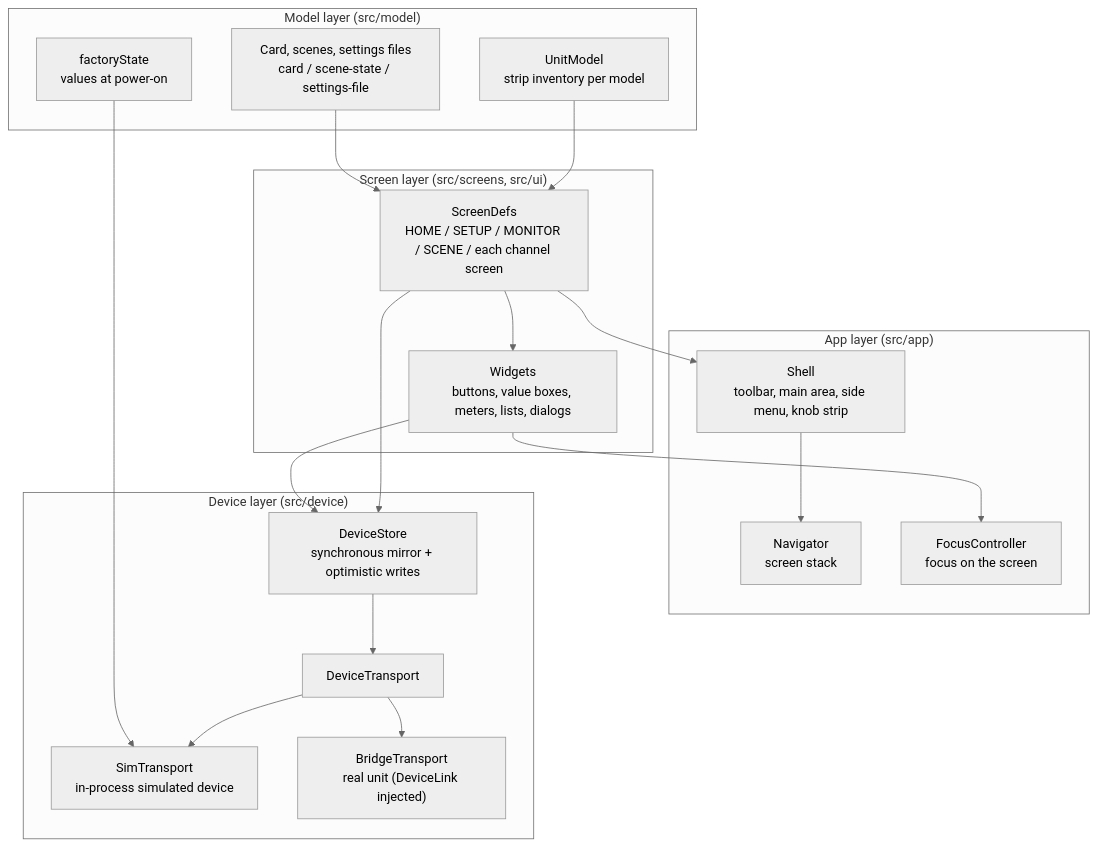
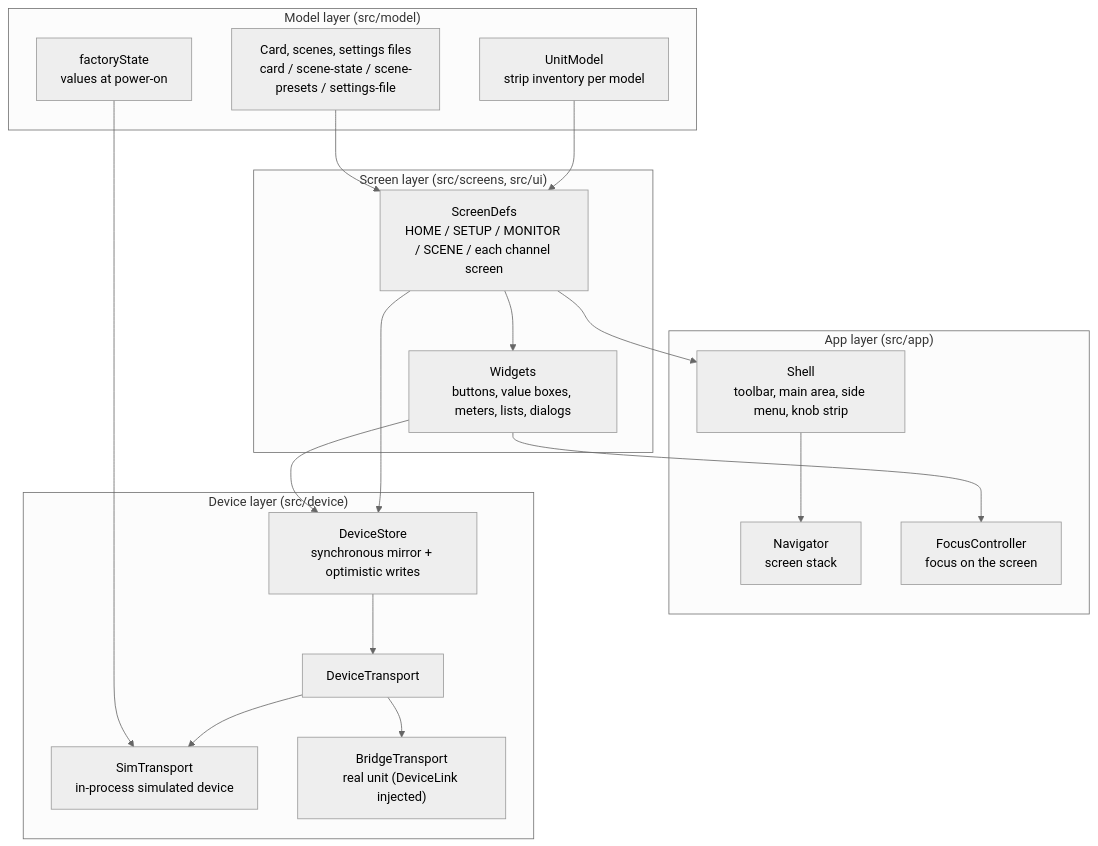
The first of 2 diagrams in docs/en/architecture.md (semnil/urx-lcd-sim), drawn with Mermaid (neutral theme) before and after one commit. The commit also changed 1 other file, not shown here.

Commit message:
Name scene-presets among the scene modules in the architecture diagram

````diff
--- a/docs/en/architecture.md
+++ b/docs/en/architecture.md
@@ -10,36 +10,36 @@
 ```mermaid
 flowchart TB
   subgraph ui["Screen layer (src/screens, src/ui)"]
     S["ScreenDefs<br/>HOME / SETUP / MONITOR / SCENE / each channel screen"]
     W["Widgets<br/>buttons, value boxes, meters, lists, dialogs"]
   end
   subgraph app["App layer (src/app)"]
     SH["Shell<br/>toolbar, main area, side menu, knob strip"]
     NV["Navigator<br/>screen stack"]
     FC["FocusController<br/>focus on the screen"]
   end
   subgraph model["Model layer (src/model)"]
     UM["UnitModel<br/>strip inventory per model"]
     DF["factoryState<br/>values at power-on"]
-    CD["Card, scenes, settings files<br/>card / scene-state / settings-file"]
+    CD["Card, scenes, settings files<br/>card / scene-state / scene-presets / settings-file"]
   end
   subgraph dev["Device layer (src/device)"]
     ST["DeviceStore<br/>synchronous mirror + optimistic writes"]
     TR["DeviceTransport"]
     SIM["SimTransport<br/>in-process simulated device"]
     BR["BridgeTransport<br/>real unit (DeviceLink injected)"]
   end
 
   S --> W
   S --> SH
   SH --> NV
   W --> FC
   S --> ST
   W --> ST
   ST --> TR
   TR --> SIM
   TR --> BR
   UM --> S
   DF --> SIM
   CD --> S
 ```
````
